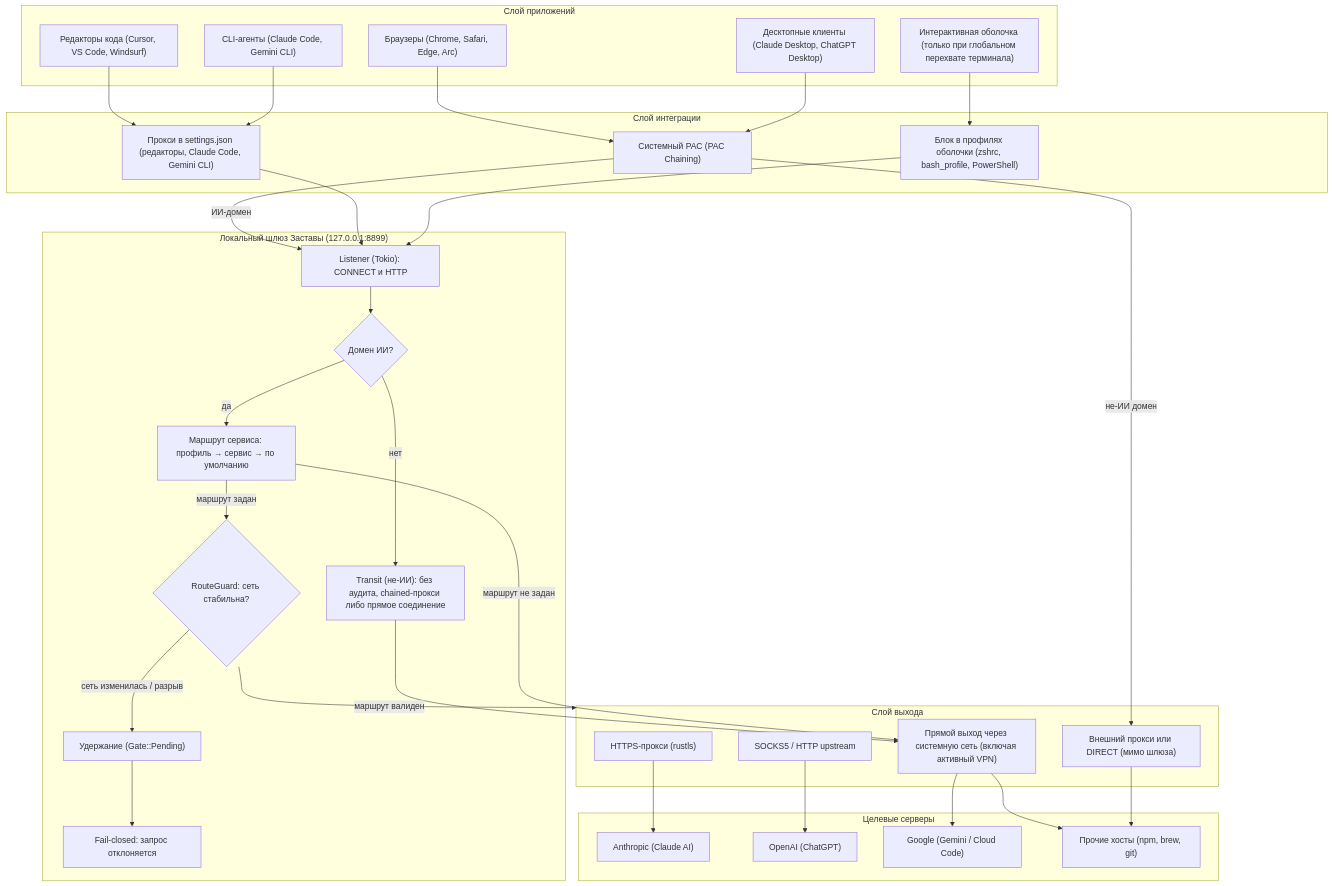
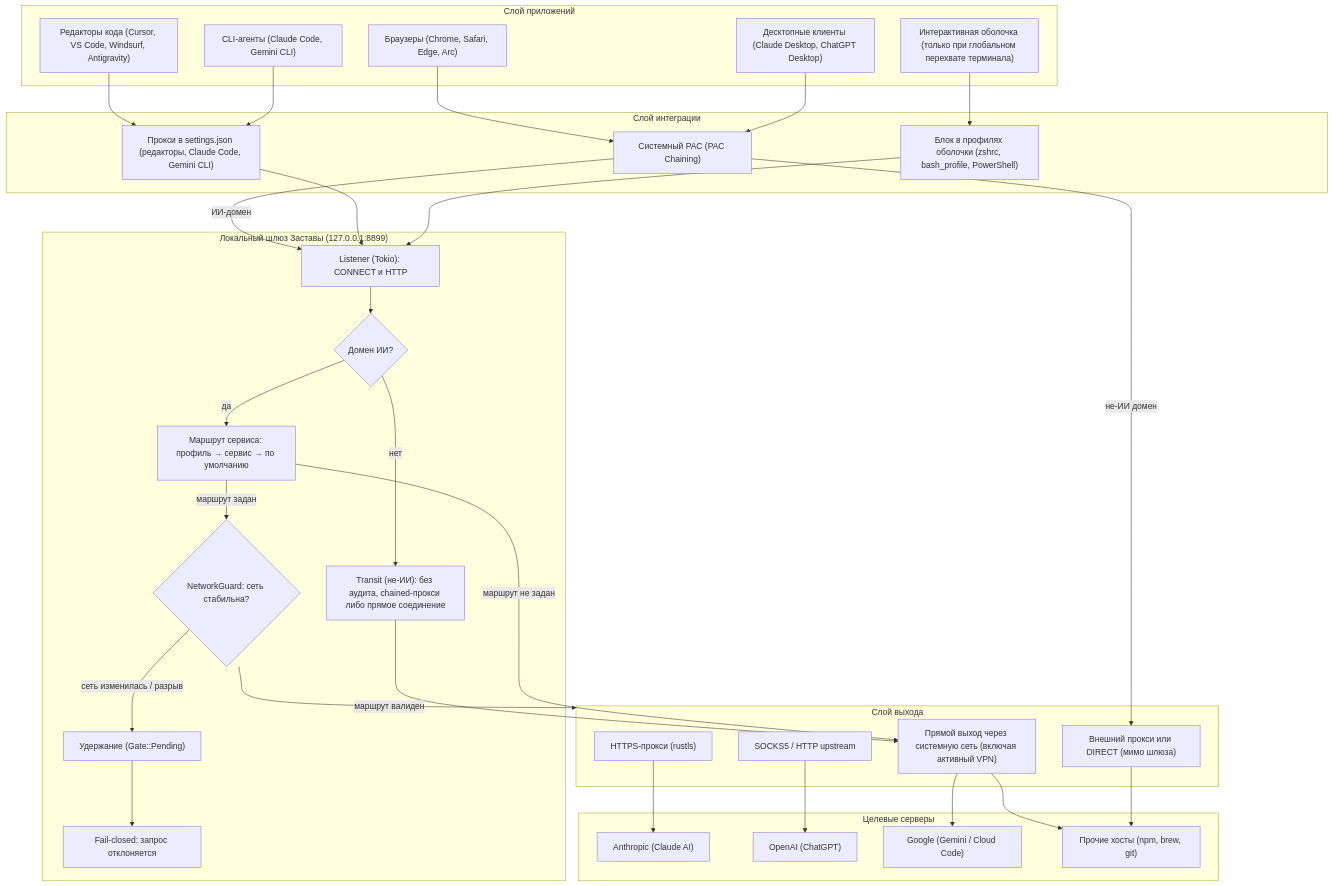
Before and after one commit to kingbest1195/ai-antiban: the diagram in ARCHITECTURE.md, drawn with Mermaid. The commit also changed other lines of this file and 409 other files, not shown here.

Commit message:
release: v2.3.0 — modular architecture, anti-fraud guard, routing & clipboard fixes

````diff
--- a/ARCHITECTURE.md
+++ b/ARCHITECTURE.md
@@ -18,67 +57,67 @@
 ```mermaid
 flowchart TD
     subgraph ClientLayer["Слой приложений"]
         Browsers["Браузеры (Chrome, Safari, Edge, Arc)"]
         Desktop["Десктопные клиенты (Claude Desktop, ChatGPT Desktop)"]
-        IDEs["Редакторы кода (Cursor, VS Code, Windsurf)"]
+        IDEs["Редакторы кода (Cursor, VS Code, Windsurf, Antigravity)"]
         CLIs["CLI-агенты (Claude Code, Gemini CLI)"]
         Shell["Интерактивная оболочка (только при глобальном перехвате терминала)"]
     end
 
     subgraph InterceptionLayer["Слой интеграции"]
         PAC["Системный PAC (PAC Chaining)"]
         IDEConfig["Прокси в settings.json (редакторы, Claude Code, Gemini CLI)"]
         ShellRC["Блок в профилях оболочки (zshrc, bash_profile, PowerShell)"]
     end
 
     subgraph CoreLayer["Локальный шлюз Заставы (127.0.0.1:8899)"]
         Listener["Listener (Tokio): CONNECT и HTTP"]
         DomainFilter{"Домен ИИ?"}
         RouteResolver["Маршрут сервиса: профиль → сервис → по умолчанию"]
-        Guard{"RouteGuard: сеть стабильна?"}
+        Guard{"NetworkGuard: сеть стабильна?"}
         HoldQueue["Удержание (Gate::Pending)"]
         FailClosed["Fail-closed: запрос отклоняется"]
         Transit["Transit (не-ИИ): без аудита, chained-прокси либо прямое соединение"]
     end
 
     subgraph UpstreamLayer["Слой выхода"]
         RustlsHTTPS["HTTPS-прокси (rustls)"]
         SOCKS5Upstream["SOCKS5 / HTTP upstream"]
         SystemVPN["Прямой выход через системную сеть (включая активный VPN)"]
         ExternalProxy["Внешний прокси или DIRECT (мимо шлюза)"]
     end
 
     subgraph DestinationLayer["Целевые серверы"]
         ClaudeAPI["Anthropic (Claude AI)"]
         OpenAIAPI["OpenAI (ChatGPT)"]
         GoogleAPI["Google (Gemini / Cloud Code)"]
         OtherHosts["Прочие хосты (npm, brew, git)"]
     end
 
     Browsers --> PAC
     Desktop --> PAC
     IDEs --> IDEConfig
     CLIs --> IDEConfig
     Shell --> ShellRC
 
     PAC -- "ИИ-домен" --> Listener
     PAC -- "не-ИИ домен" --> ExternalProxy
     IDEConfig --> Listener
     ShellRC --> Listener
 
     Listener --> DomainFilter
     DomainFilter -- "нет" --> Transit
     DomainFilter -- "да" --> RouteResolver
 
     Transit --> SystemVPN
     RouteResolver -- "маршрут не задан" --> SystemVPN
     RouteResolver -- "маршрут задан" --> Guard
     Guard -- "сеть изменилась / разрыв" --> HoldQueue --> FailClosed
     Guard -- "маршрут валиден" --> UpstreamLayer
 
     RustlsHTTPS --> ClaudeAPI
     SOCKS5Upstream --> OpenAIAPI
     SystemVPN --> GoogleAPI
     SystemVPN --> OtherHosts
     ExternalProxy --> OtherHosts
 ```
````
